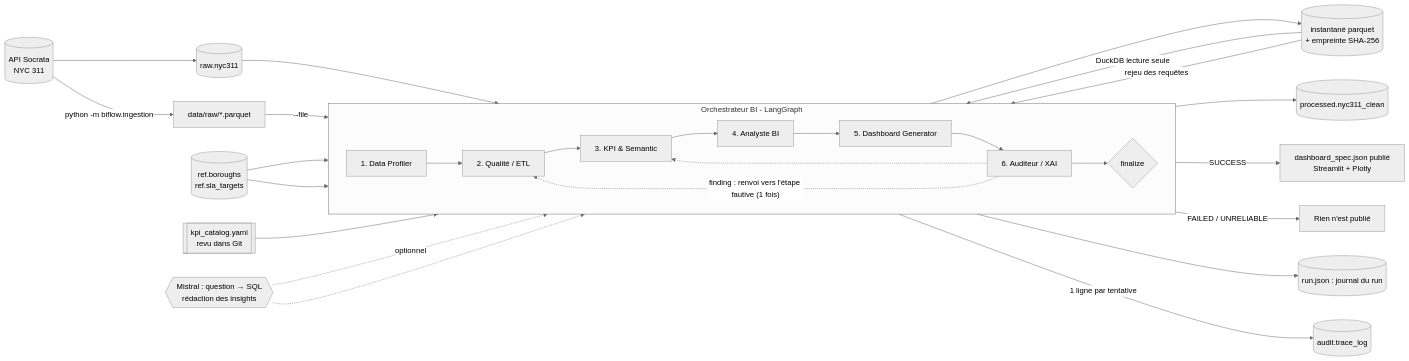
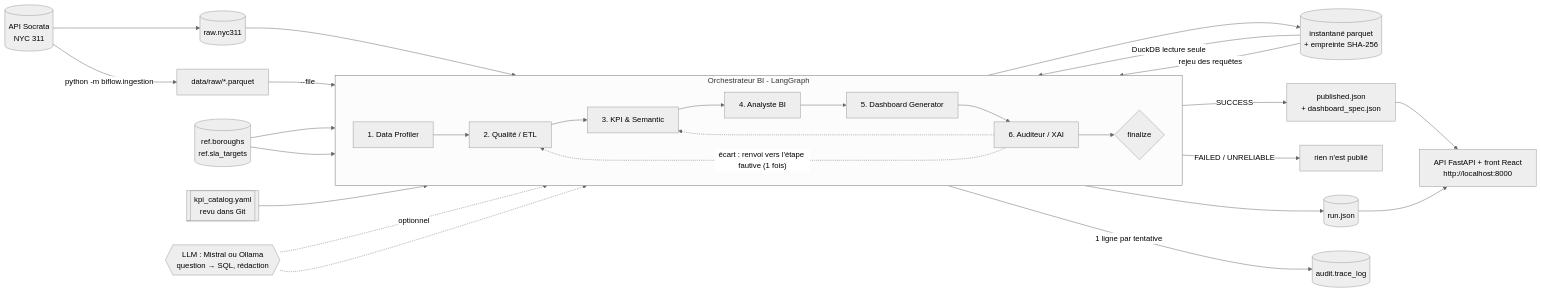
The diagram in README.md (ranim147/Bi_Flow_Project), drawn with Mermaid (neutral theme) before and after one commit. The commit also changed other lines of this file and 17 other files, not shown here.

````diff
--- a/README.md
+++ b/README.md
@@ -28,30 +204,31 @@
 ```mermaid
 flowchart LR
     API[(API Socrata<br/>NYC 311)] -->|python -m biflow.ingestion| RAWF[data/raw/*.parquet]
     API --> RAW[(raw.nyc311)]
 
     subgraph ORCH[Orchestrateur BI - LangGraph]
         direction LR
         P[1. Data Profiler] --> Q[2. Qualité / ETL] --> K[3. KPI & Semantic]
         K --> A[4. Analyste BI] --> D[5. Dashboard Generator] --> X[6. Auditeur / XAI]
-        X -. "finding : renvoi vers l'étape fautive (1 fois)" .-> Q
+        X -. "écart : renvoi vers l'étape fautive (1 fois)" .-> Q
         X -.-> K
         X --> F{finalize}
     end
 
     RAW --> P
     RAWF -->|--file| P
     REF[(ref.boroughs<br/>ref.sla_targets)] --> Q
     REF --> K
     Q --> SNAP[(instantané parquet<br/>+ empreinte SHA-256)]
-    Q --> PROC[(processed.nyc311_clean)]
     CAT[[kpi_catalog.yaml<br/>revu dans Git]] --> K
     SNAP -->|DuckDB lecture seule| K
-    LLM{{Mistral : question → SQL<br/>rédaction des insights}} -.optionnel.-> K
+    LLM{{LLM : Mistral ou Ollama<br/>question → SQL, rédaction}} -.optionnel.-> K
     LLM -.-> A
     SNAP -->|rejeu des requêtes| X
-    F -->|SUCCESS| PUB[dashboard_spec.json publié<br/>Streamlit + Plotly]
-    F -->|FAILED / UNRELIABLE| NOPUB[Rien n'est publié]
-    F --> RUNJ[(run.json : journal du run)]
+    F -->|SUCCESS| PUB[published.json<br/>+ dashboard_spec.json]
+    F -->|FAILED / UNRELIABLE| NOPUB[rien n'est publié]
+    F --> RUNJ[(run.json)]
     ORCH -->|1 ligne par tentative| TRACE[(audit.trace_log)]
+    PUB --> WEB[API FastAPI + front React<br/>http://localhost:8000]
+    RUNJ --> WEB
 ```
````
